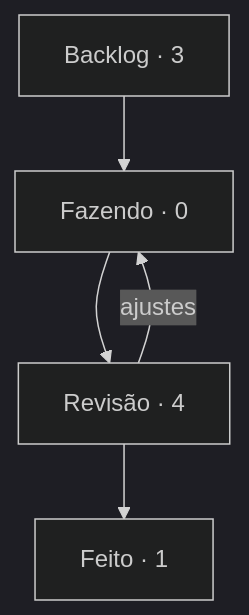
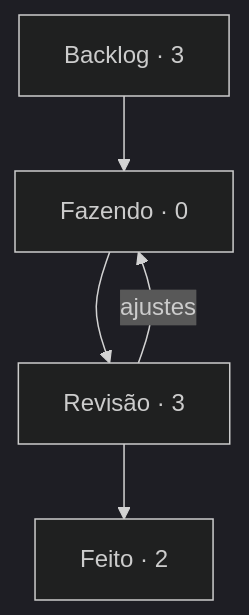
Before and after one commit to StudioVibi/VibiKanban: the diagram in BOARD.md, drawn with Mermaid (dark theme). The commit also changed other lines of this file and 1 other file, not shown here.

Commit message:
board: VK-8 Revisão → Feito (@isabellaherman)

````diff
--- a/BOARD.md
+++ b/BOARD.md
@@ -5,10 +5,10 @@
 ```mermaid
 flowchart TD
   backlog["Backlog · 3"] --> doing["Fazendo · 0"]
-  doing --> review["Revisão · 4"]
-  review --> done["Feito · 1"]
+  doing --> review["Revisão · 3"]
+  review --> done["Feito · 2"]
   review -->|ajustes| doing
   doing:::blue
   review:::yellow
   done:::green
 ```
````
